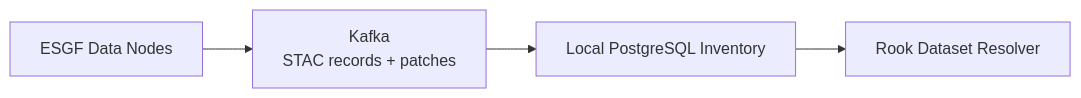
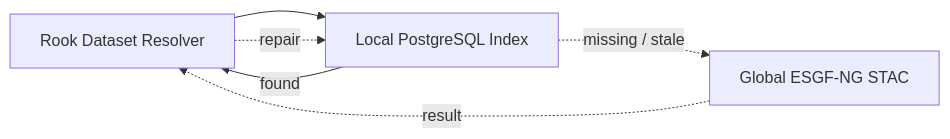
One commit to roocs/rook changed the third of 8 diagrams in ARCH_ESGF2.md. Above: the diagram before and after it, drawn with Mermaid. The commit also changed other lines of this file, not shown here.

Commit message:
update esgf2 design doc

````diff
--- a/ARCH_ESGF2.md
+++ b/ARCH_ESGF2.md
@@ -61,11 +78,13 @@
 ```mermaid
 flowchart LR
-    Nodes[ESGF Data Nodes]
-    Kafka[Kafka<br/>STAC records + patches]
-    DB[Local PostgreSQL Inventory]
     Rook[Rook Dataset Resolver]
+    DB[Local PostgreSQL Index]
+    STAC[Global ESGF-NG STAC]
 
-    Nodes --> Kafka
-    Kafka --> DB
-    DB --> Rook
+    Rook --> DB
+
+    DB -- found --> Rook
+    DB -. missing / stale .-> STAC
+    STAC -. result .-> Rook
+    Rook -. repair .-> DB
 ```
````
